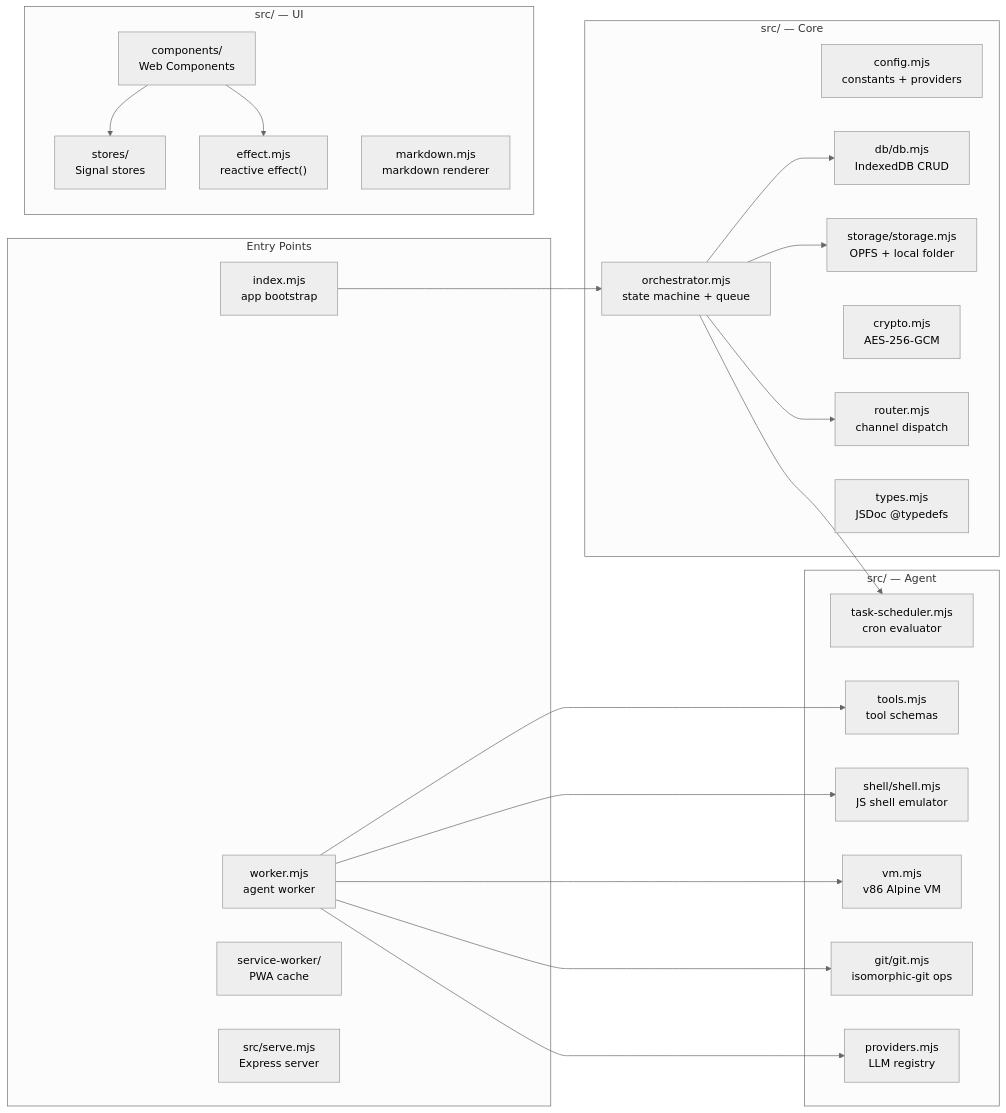
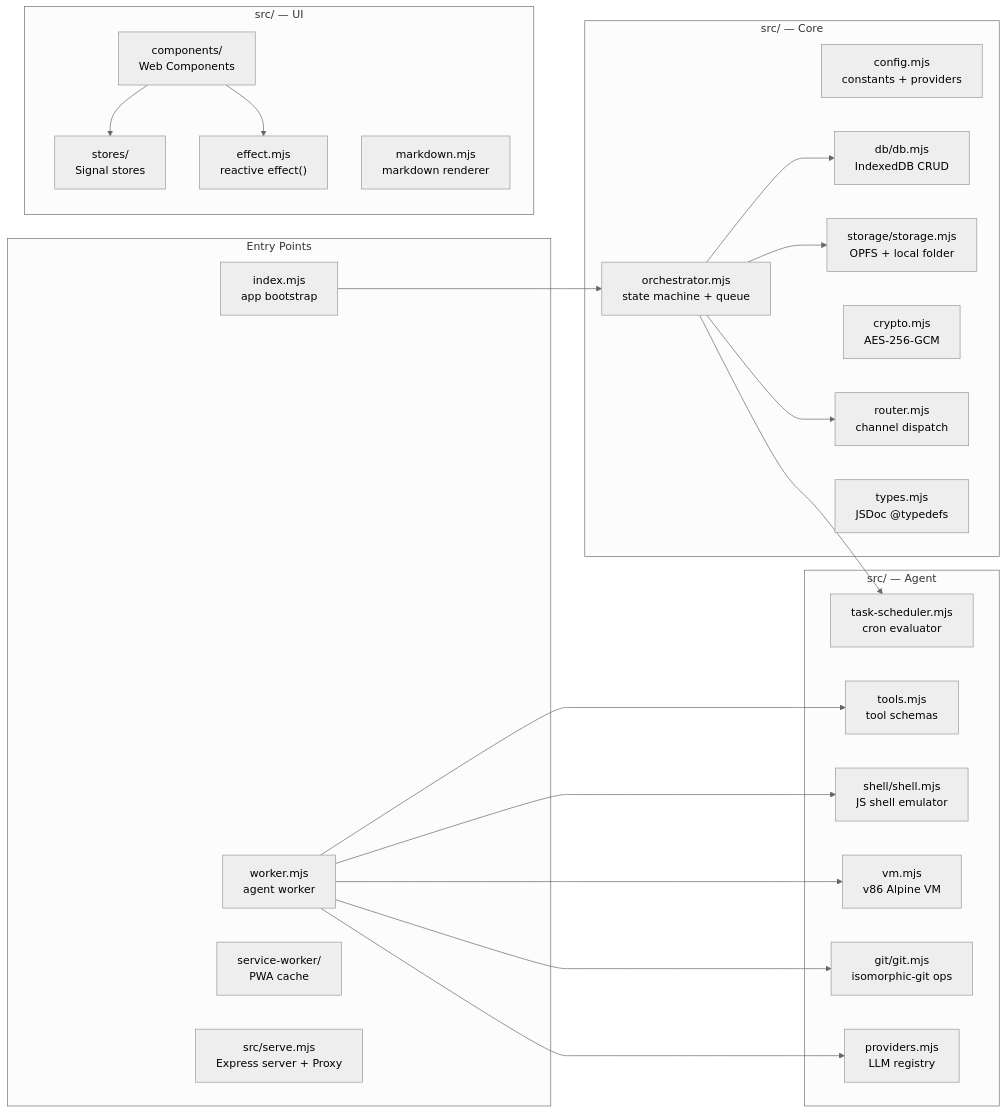
One commit to xt-ml/shadow-claw changed the diagram in AGENTS.md. Above: the diagram before and after it, drawn with Mermaid (neutral theme). The commit also changed other lines of this file and 18 other files, not shown here.

First line of the commit message:
Implement request cancellation support and multi-purpose LLM/API proxy

````diff
--- a/AGENTS.md
+++ b/AGENTS.md
@@ -17,40 +17,40 @@
 ```mermaid
 graph LR
-    subgraph Entry ["Entry Points"]
-        index_mjs["index.mjs\napp bootstrap"]
-        worker_mjs["worker.mjs\nagent worker"]
-        sw["service-worker/\nPWA cache"]
-        serve["src/serve.mjs\nExpress server"]
-    end
+  subgraph Entry ["Entry Points"]
+    index_mjs["index.mjs<br>app bootstrap"]
+    worker_mjs["worker.mjs<br>agent worker"]
+    sw["service-worker/<br>PWA cache"]
+    serve["src/serve.mjs<br>Express server + Proxy"]
+  end
 
-    subgraph Core ["src/ — Core"]
-        orchestrator["orchestrator.mjs\nstate machine + queue"]
-        config["config.mjs\nconstants + providers"]
-        db["db/db.mjs\nIndexedDB CRUD"]
-        storage["storage/storage.mjs\nOPFS + local folder"]
-        crypto["crypto.mjs\nAES-256-GCM"]
-        router["router.mjs\nchannel dispatch"]
-        types["types.mjs\nJSDoc @typedefs"]
-    end
+  subgraph Core ["src/ — Core"]
+    orchestrator["orchestrator.mjs<br>state machine + queue"]
+    config["config.mjs<br>constants + providers"]
+    db["db/db.mjs<br>IndexedDB CRUD"]
+    storage["storage/storage.mjs<br>OPFS + local folder"]
+    crypto["crypto.mjs<br>AES-256-GCM"]
+    router["router.mjs<br>channel dispatch"]
+    types["types.mjs<br>JSDoc @typedefs"]
+  end
 
-    subgraph Agent ["src/ — Agent"]
-        tools["tools.mjs\ntool schemas"]
-        shell["shell/shell.mjs\nJS shell emulator"]
-        vm["vm.mjs\nv86 Alpine VM"]
-        gitmod["git/git.mjs\nisomorphic-git ops"]
-        providers["providers.mjs\nLLM registry"]
-        scheduler["task-scheduler.mjs\ncron evaluator"]
-    end
+  subgraph Agent ["src/ — Agent"]
+    tools["tools.mjs<br>tool schemas"]
+    shell["shell/shell.mjs<br>JS shell emulator"]
+    vm["vm.mjs<br>v86 Alpine VM"]
+    gitmod["git/git.mjs<br>isomorphic-git ops"]
+    providers["providers.mjs<br>LLM registry"]
+    scheduler["task-scheduler.mjs<br>cron evaluator"]
+  end
 
-    subgraph UI ["src/ — UI"]
-        components["components/\nWeb Components"]
-        stores["stores/\nSignal stores"]
-        effect["effect.mjs\nreactive effect()"]
-        markdown["markdown.mjs\nmarkdown renderer"]
-    end
+  subgraph UI ["src/ — UI"]
+    components["components/<br>Web Components"]
+    stores["stores/<br>Signal stores"]
+    effect["effect.mjs<br>reactive effect()"]
+    markdown["markdown.mjs<br>markdown renderer"]
+  end
 
-    index_mjs --> orchestrator
-    orchestrator --> db & storage & router & scheduler
-    worker_mjs --> tools & shell & vm & gitmod & providers
-    components --> stores & effect
+  index_mjs --> orchestrator
+  orchestrator --> db & storage & router & scheduler
+  worker_mjs --> tools & shell & vm & gitmod & providers
+  components --> stores & effect
 ```
````
